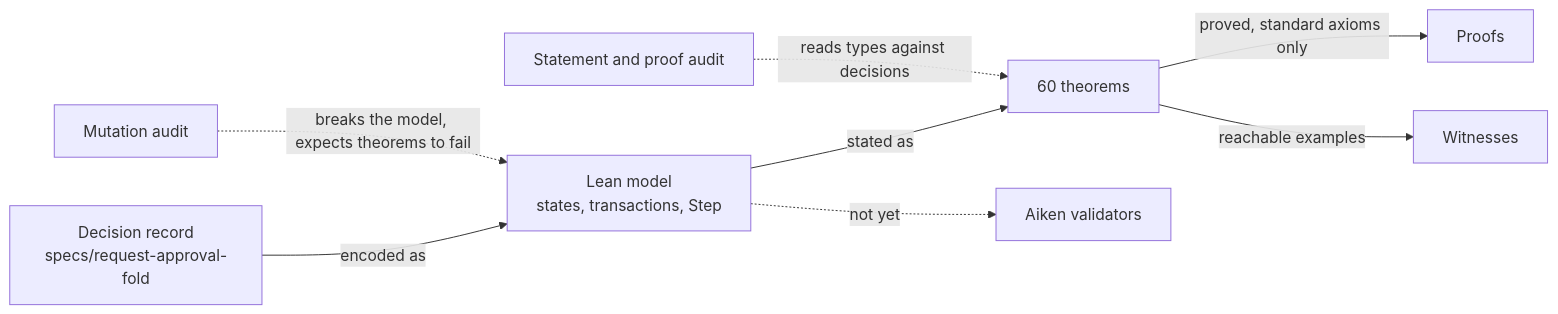
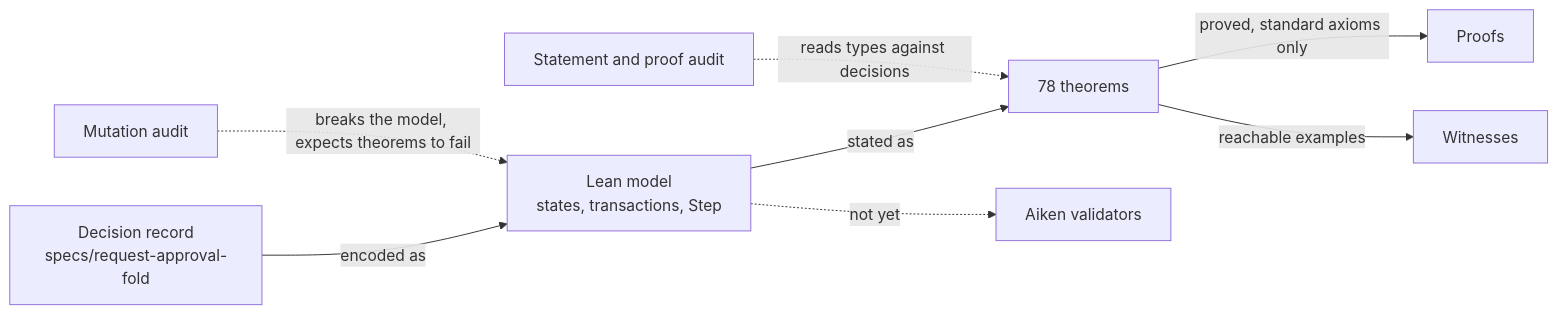
One commit to cardano-foundation/cardano-mpfs-onchain changed the first of 2 diagrams in docs/design/registries/formal-model.md. Above: the diagram before and after it, drawn with Mermaid. The commit also changed other lines of this file, not shown here.

Commit message:
docs: formal model page for tags per oracle, price notices and role-led names

````diff
--- a/docs/design/registries/formal-model.md
+++ b/docs/design/registries/formal-model.md
@@ -17,10 +17,10 @@
 ```mermaid
 flowchart LR
   decisions["Decision record<br/>specs/request-approval-fold"] -- "encoded as" --> model["Lean model<br/>states, transactions, Step"]
-  model -- "stated as" --> theorems["60 theorems"]
+  model -- "stated as" --> theorems["78 theorems"]
   theorems -- "proved, standard axioms only" --> proofs["Proofs"]
   theorems -- "reachable examples" --> witnesses["Witnesses"]
   audit1["Statement and proof audit"] -. "reads types against decisions" .-> theorems
   audit2["Mutation audit"] -. "breaks the model, expects theorems to fail" .-> model
   model -. "not yet" .-> validators["Aiken validators"]
 ```
````
